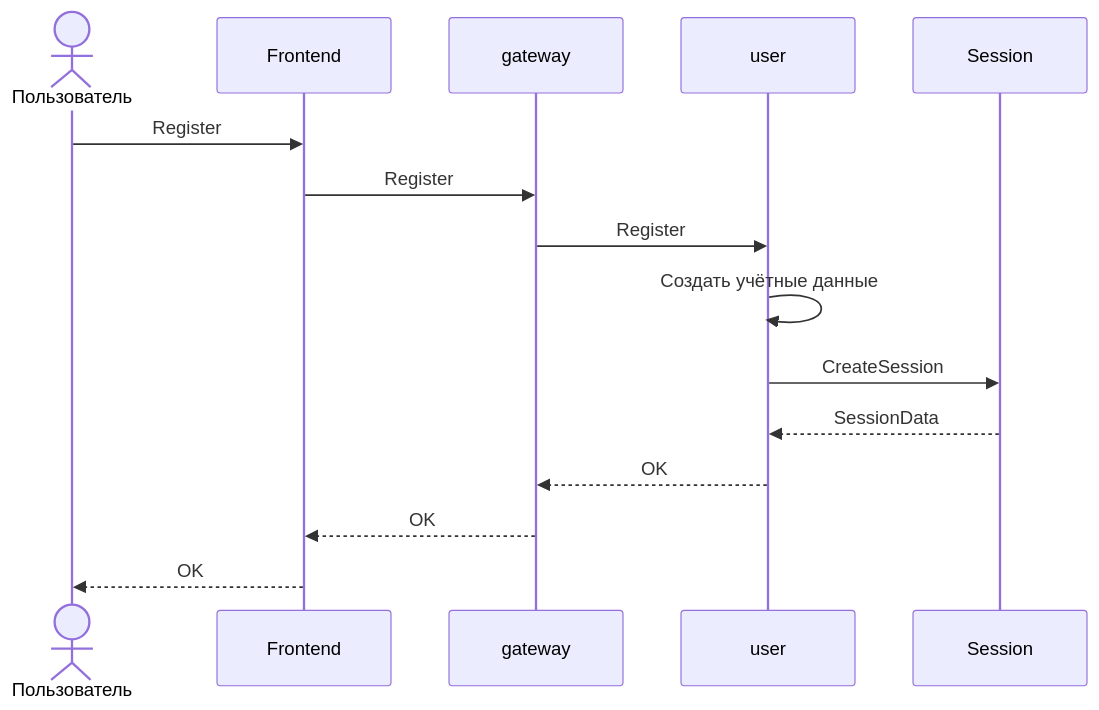
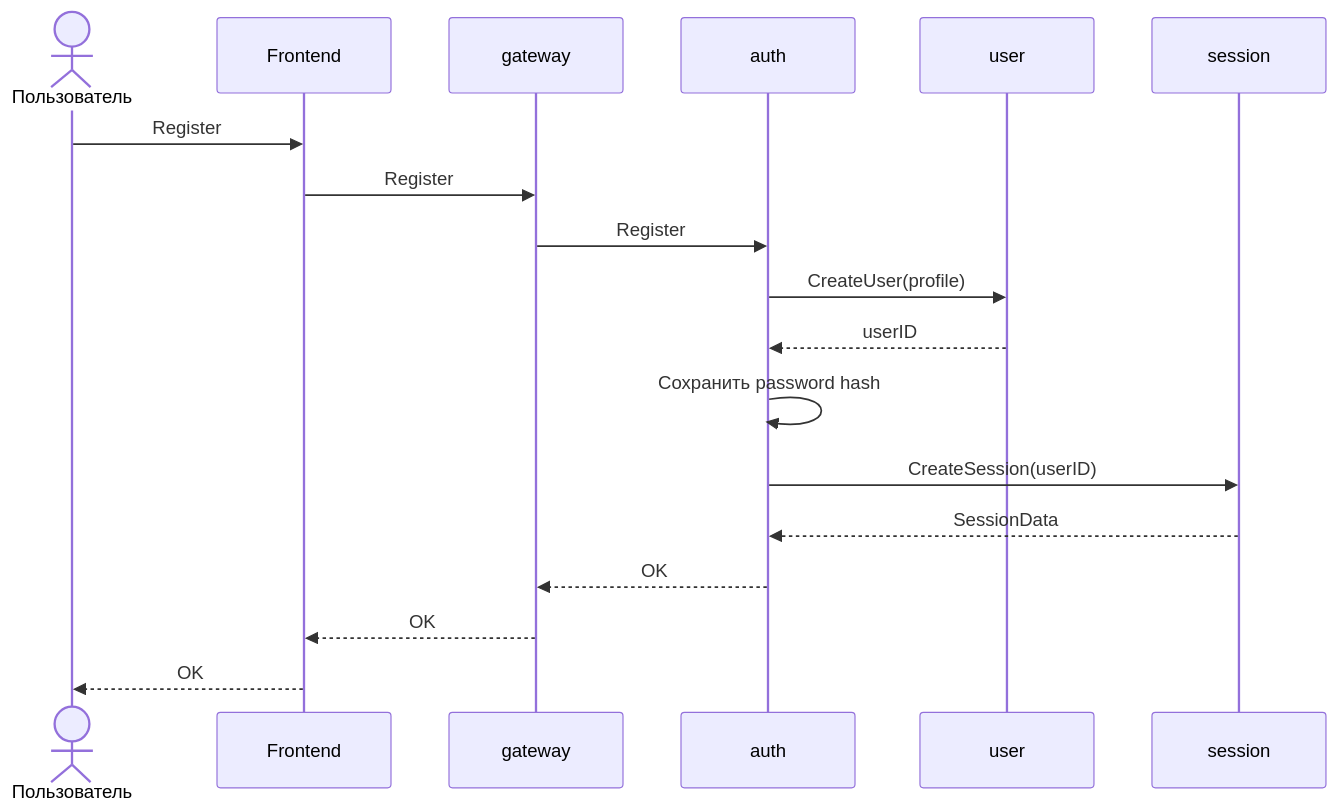
One commit to Exevald/aura-platform changed the third of 6 diagrams in docs/architecture.md. Above: the diagram before and after it, drawn with Mermaid. The commit also changed other lines of this file and 436 other files, not shown here.

````diff
--- a/docs/architecture.md
+++ b/docs/architecture.md
@@ -550,16 +562,20 @@
 ```mermaid
 sequenceDiagram
     actor Client as Пользователь
     participant Frontend
     participant Gateway as gateway
+    participant Auth as auth
     participant User as user
+    participant Session as session
     Client ->> Frontend: Register
     Frontend ->> Gateway: Register
-    Gateway ->> User: Register
-    User ->> User: Создать учётные данные
-    User ->> Session: CreateSession
-    Session -->> User: SessionData
-    User -->> Gateway: OK
+    Gateway ->> Auth: Register
+    Auth ->> User: CreateUser(profile)
+    User -->> Auth: userID
+    Auth ->> Auth: Сохранить password hash
+    Auth ->> Session: CreateSession(userID)
+    Session -->> Auth: SessionData
+    Auth -->> Gateway: OK
     Gateway -->> Frontend: OK
     Frontend -->> Client: OK
 ```
````
